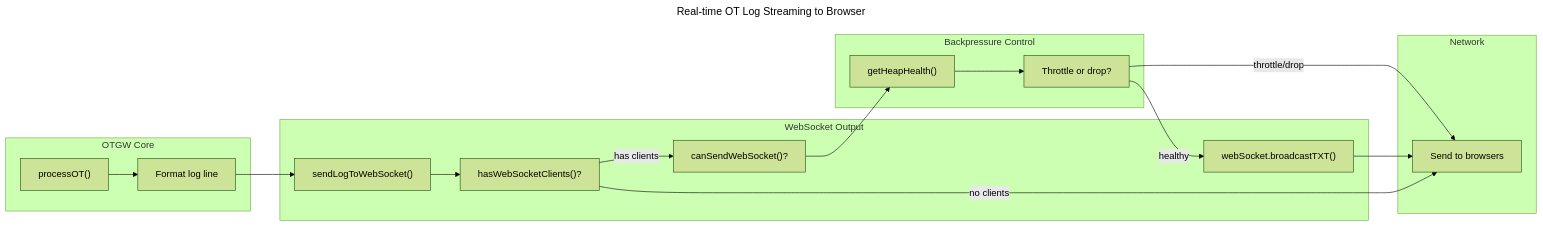
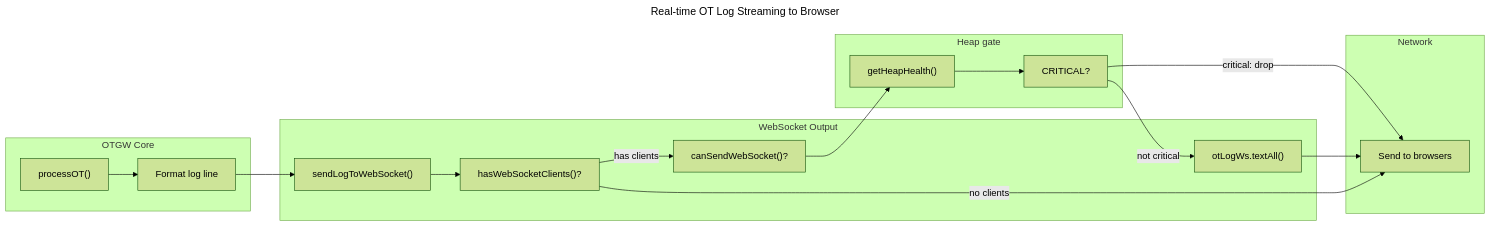
Before and after one commit to rvdbreemen/OTGW-firmware: the second of 3 diagrams in docs/c4/c4-code-utilities.md, drawn with Mermaid (forest theme). The commit also changed other lines of this file and 23 other files, not shown here.

````diff
--- a/docs/c4/c4-code-utilities.md
+++ b/docs/c4/c4-code-utilities.md
@@ -621,34 +518,34 @@
 ```mermaid
 ---
 title: Real-time OT Log Streaming to Browser
 ---
 flowchart LR
     subgraph "OTGW Core"
         A["processOT()"]
         B["Format log line"]
     end
     subgraph "WebSocket Output"
         C["sendLogToWebSocket()"]
         D["hasWebSocketClients()?"]
         E["canSendWebSocket()?"]
-        F["webSocket.broadcastTXT()"]
+        F["otLogWs.textAll()"]
     end
-    subgraph "Backpressure Control"
+    subgraph "Heap gate"
         G["getHeapHealth()"]
-        H["Throttle or drop?"]
+        H["CRITICAL?"]
     end
     subgraph "Network"
         I["Send to browsers"]
     end
-    
+
     A --> B
     B --> C
     C --> D
     D -->|no clients| I
     D -->|has clients| E
     E --> G
     G --> H
-    H -->|healthy| F
-    H -->|throttle/drop| I
+    H -->|not critical| F
+    H -->|critical: drop| I
     F --> I
 ```
````
